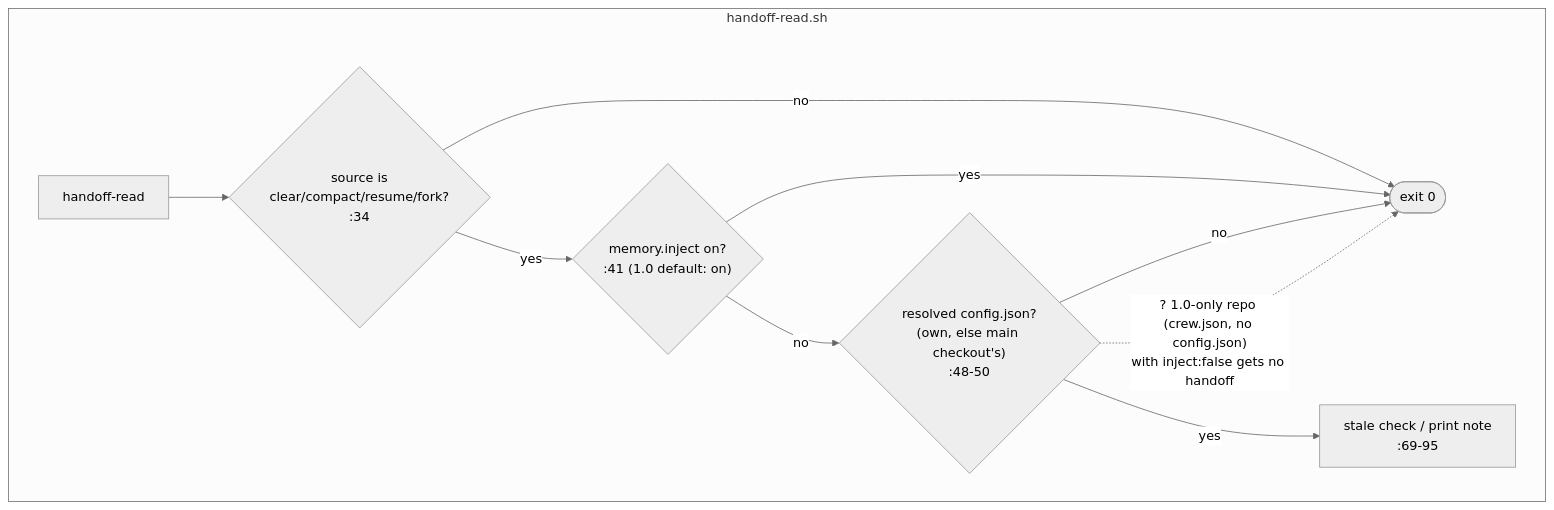
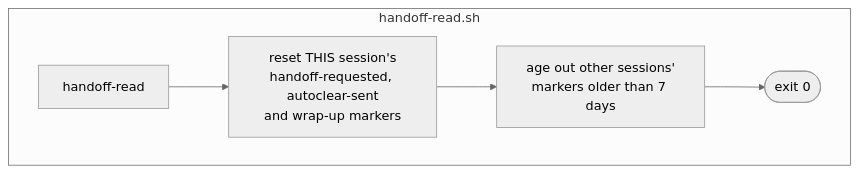
One commit to mbadali25/useful-claude-add-ons changed the diagram in docs/diagrams/process-crew-brief-handoff-read.mmd. Above: the diagram before and after it, drawn with Mermaid (neutral theme). The commit also changed 98 other files, not shown here.

Commit message:
L-0725: docs sweep, rebuilt guides and diagrams, test fixes, migrate.md within budget

```diff
--- a/docs/diagrams/process-crew-brief-handoff-read.mmd
+++ b/docs/diagrams/process-crew-brief-handoff-read.mmd
@@ -1,27 +1,15 @@
 %% Generated from useful-claude-add-ons@a54ca704 on 2026-09-30. Verify before trusting.
 %% Anchors: plugin/crew/hooks/scripts/handoff-read.sh
-%% Purpose: The handoff-read SessionStart hook: the three checks that make it exit, and when it prints the handoff note. In crew 1.0 it usually exits, because crew-context delivers the note instead.
+%% Purpose: The handoff-read SessionStart hook: it resets this session's once-per-session markers and ages out other sessions' stale ones, then exits. It never prints the handoff note; crew-context delivers it (memory injection is always on).
 %% Embed: none
 %% Part of process-crew-brief.mmd (the overview, which keeps the re-anchoring history).
-%% handoff-read.sh:34 exits unless source is clear|compact|resume|fork;
-%%   :41 exits silently when memory.inject is on (the 1.0 default) - crew-context
-%%   delivers the handoff instead; :42 claim; :48-50 needs the resolved config.json.
-%% Re-drawn for L-0680 on 2026-10-04: hr3 is the RESOLVED config.json (crew_repo_config_dir,
-%%   T-0096): a linked worktree with none of its own reads the main checkout's; own files win
-%%   whole; unknown reads only the own .crew/. A relative handoffPath still names a lane file.
-%% Dashed '?' edges: handoff-read reads only config.json (:50), never crew.json,
-%% so a 1.0-only repo with inject:false gets no handoff from either hook -
-%% traced in the sh flavour only; the ps1 body was not read past :241.
+%% Re-drawn for L-0725: the memory.inject setting was removed, so the old checks (source, inject, resolved config.json) and the
+%%   stale-check/print branch are gone from handoff-read.sh. It now only resets this session's markers, removes markers older
+%%   than 7 days, and exits 0. crew-context.sh delivers the handoff.
 flowchart TB
     HR[handoff-read]
     subgraph handoffRead["handoff-read.sh"]
-        HR --> hr1{"source is<br/>clear/compact/resume/fork?<br/>:34"}
-        hr1 -- no --> hrx([exit 0])
-        hr1 -- yes --> hr2{"memory.inject on?<br/>:41 (1.0 default: on)"}
-        hr2 -- yes --> hrx
-        hr2 -- no --> hr3{"resolved config.json?<br/>(own, else main checkout's)<br/>:48-50"}
-        hr3 -- no --> hrx
-        hr3 -- yes --> hr4[stale check / print note<br/>:69-95]
+        HR --> hr1["reset THIS session's<br/>handoff-requested, autoclear-sent<br/>and wrap-up markers"]
+        hr1 --> hr2["age out other sessions'<br/>markers older than 7 days"]
+        hr2 --> hrx([exit 0])
     end
-
-    hr3 -. "? 1.0-only repo (crew.json, no config.json)<br/>with inject:false gets no handoff" .-> hrx
```
